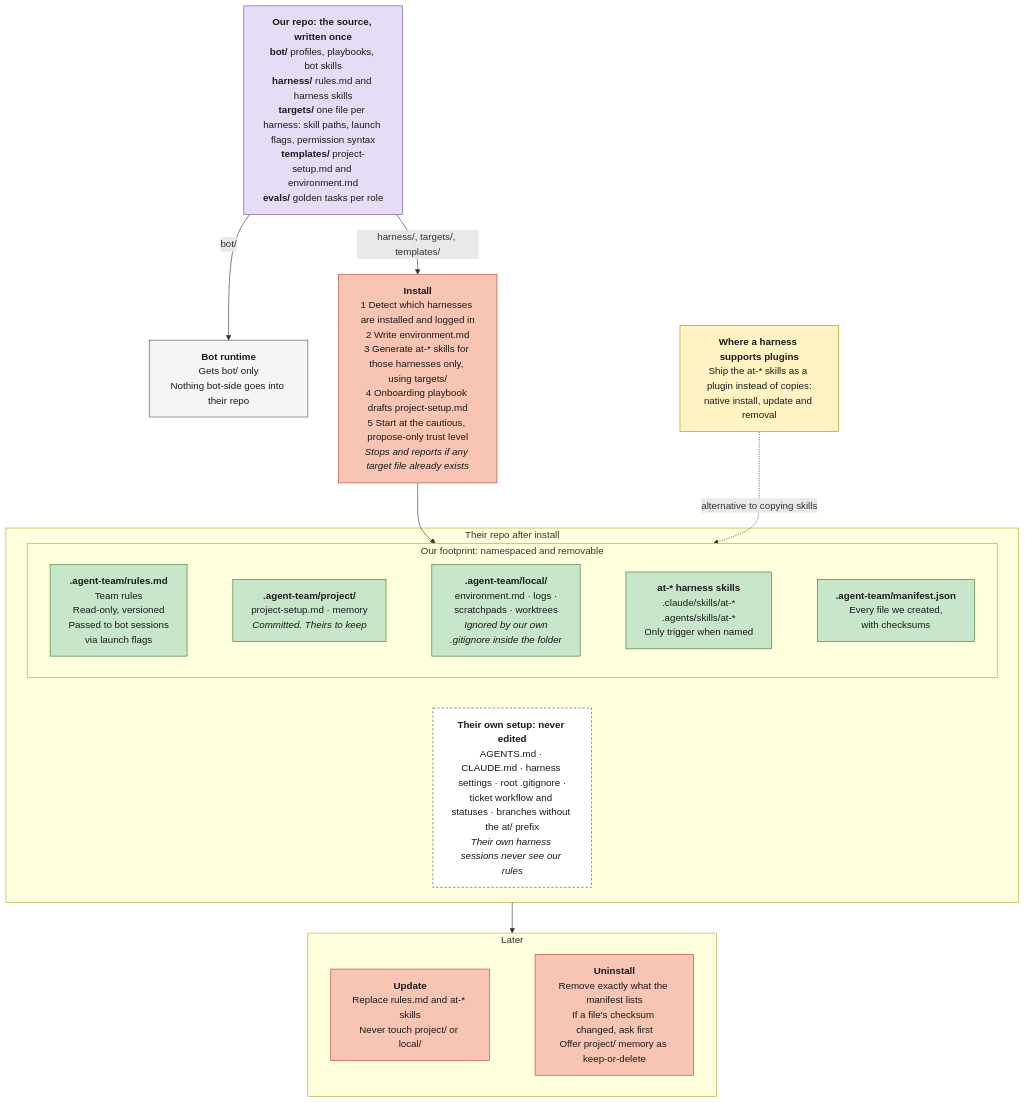
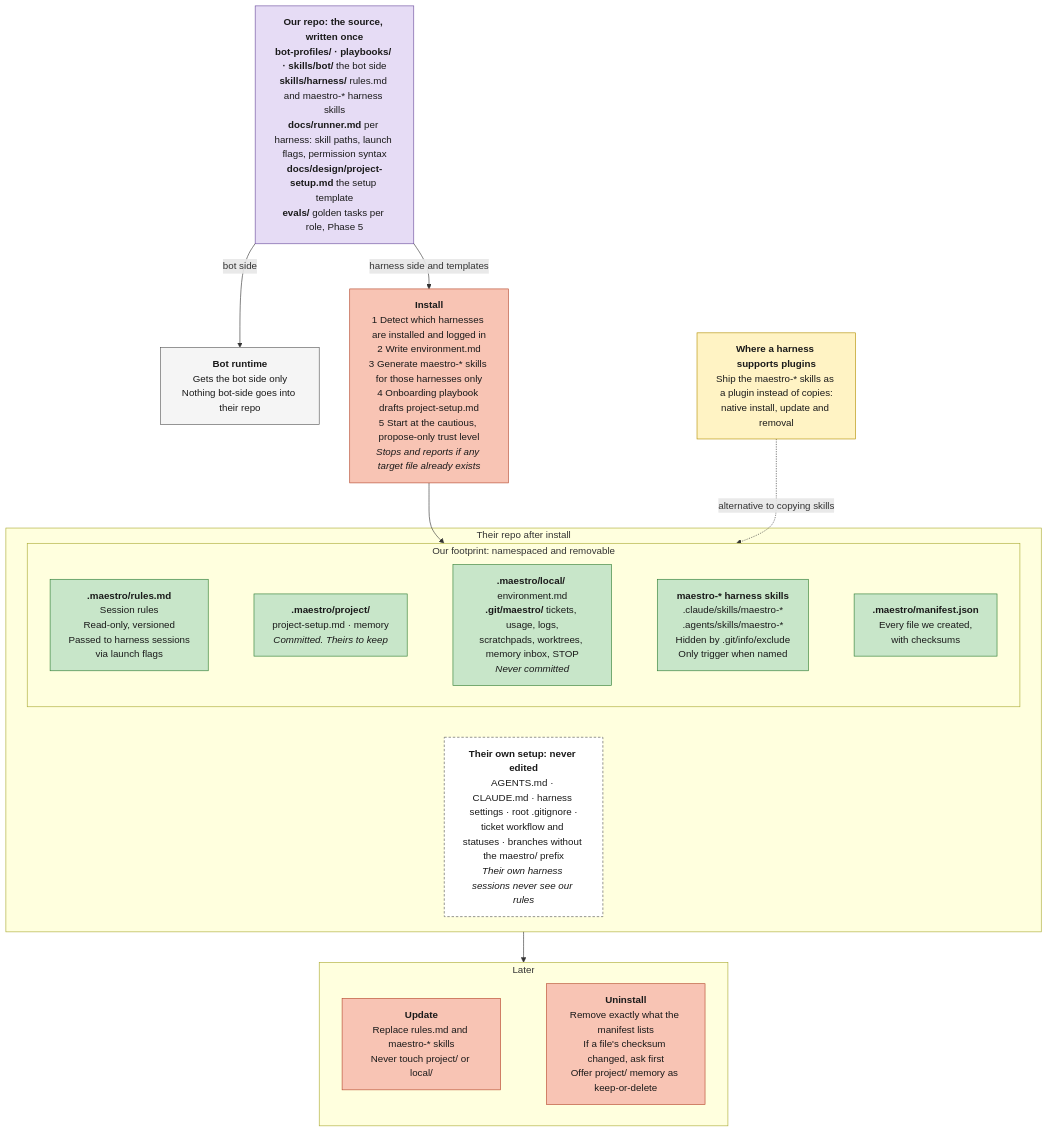
The diagram in docs/design/install-footprint.mermaid (ProlesDei/maestro), drawn with Mermaid before and after one commit. The commit also changed 229 other files, not shown here.

Commit message:
Wave 2: harden maestro-ticket (leases, reaper, outbox, events --wait, deps/areas, keepalive, backup/export), wake-loop design 0600, playbook redesign 0700 (reviewed GO at a6de865)

```diff
--- a/docs/design/install-footprint.mermaid
+++ b/docs/design/install-footprint.mermaid
@@ -1,43 +1,43 @@
 flowchart TD
-    Source["<b>Our repo: the source, written once</b><br/><b>bot/</b> profiles, playbooks, bot skills<br/><b>harness/</b> rules.md and harness skills<br/><b>targets/</b> one file per harness: skill paths, launch flags, permission syntax<br/><b>templates/</b> project-setup.md and environment.md<br/><b>evals/</b> golden tasks per role"]
+    Source["<b>Our repo: the source, written once</b><br/><b>bot-profiles/ · playbooks/ · skills/bot/</b> the bot side<br/><b>skills/harness/</b> rules.md and maestro-* harness skills<br/><b>docs/runner.md</b> per harness: skill paths, launch flags, permission syntax<br/><b>docs/design/project-setup.md</b> the setup template<br/><b>evals/</b> golden tasks per role, Phase 5"]
 
-    BotRuntime["<b>Bot runtime</b><br/>Gets bot/ only<br/>Nothing bot-side goes into their repo"]
+    BotRuntime["<b>Bot runtime</b><br/>Gets the bot side only<br/>Nothing bot-side goes into their repo"]
 
-    Install["<b>Install</b><br/>1 Detect which harnesses are installed and logged in<br/>2 Write environment.md<br/>3 Generate at-* skills for those harnesses only, using targets/<br/>4 Onboarding playbook drafts project-setup.md<br/>5 Start at the cautious, propose-only trust level<br/><i>Stops and reports if any target file already exists</i>"]
+    Install["<b>Install</b><br/>1 Detect which harnesses are installed and logged in<br/>2 Write environment.md<br/>3 Generate maestro-* skills for those harnesses only<br/>4 Onboarding playbook drafts project-setup.md<br/>5 Start at the cautious, propose-only trust level<br/><i>Stops and reports if any target file already exists</i>"]
 
     subgraph Repo ["Their repo after install"]
         subgraph Ours ["Our footprint: namespaced and removable"]
             direction LR
-            O1["<b>.agent-team/rules.md</b><br/>Team rules<br/>Read-only, versioned<br/>Passed to bot sessions<br/>via launch flags"] ~~~ O2["<b>.agent-team/project/</b><br/>project-setup.md · memory<br/><i>Committed. Theirs to keep</i>"] ~~~ O3["<b>.agent-team/local/</b><br/>environment.md · logs ·<br/>scratchpads · worktrees<br/><i>Ignored by our own<br/>.gitignore inside the folder</i>"] ~~~ O4["<b>at-* harness skills</b><br/>.claude/skills/at-*<br/>.agents/skills/at-*<br/>Only trigger when named"] ~~~ O5["<b>.agent-team/manifest.json</b><br/>Every file we created,<br/>with checksums"]
+            O1["<b>.maestro/rules.md</b><br/>Session rules<br/>Read-only, versioned<br/>Passed to harness sessions<br/>via launch flags"] ~~~ O2["<b>.maestro/project/</b><br/>project-setup.md · memory<br/><i>Committed. Theirs to keep</i>"] ~~~ O3["<b>.maestro/local/</b> environment.md<br/><b>.git/maestro/</b> tickets, usage, logs,<br/>scratchpads, worktrees, memory inbox, STOP<br/><i>Never committed</i>"] ~~~ O4["<b>maestro-* harness skills</b><br/>.claude/skills/maestro-*<br/>.agents/skills/maestro-*<br/>Hidden by .git/info/exclude<br/>Only trigger when named"] ~~~ O5["<b>.maestro/manifest.json</b><br/>Every file we created,<br/>with checksums"]
         end
 
-        Theirs["<b>Their own setup: never edited</b><br/>AGENTS.md · CLAUDE.md · harness settings · root .gitignore ·<br/>ticket workflow and statuses · branches without the at/ prefix<br/><i>Their own harness sessions never see our rules</i>"]
+        Theirs["<b>Their own setup: never edited</b><br/>AGENTS.md · CLAUDE.md · harness settings · root .gitignore ·<br/>ticket workflow and statuses · branches without the maestro/ prefix<br/><i>Their own harness sessions never see our rules</i>"]
     end
 
-    Plugin["<b>Where a harness supports plugins</b><br/>Ship the at-* skills as a plugin instead of copies:<br/>native install, update and removal"]
+    Plugin["<b>Where a harness supports plugins</b><br/>Ship the maestro-* skills as a plugin instead of copies:<br/>native install, update and removal"]
 
     subgraph Later ["Later"]
         direction LR
-        U1["<b>Update</b><br/>Replace rules.md and at-* skills<br/>Never touch project/ or local/"] ~~~ U2["<b>Uninstall</b><br/>Remove exactly what the manifest lists<br/>If a file's checksum changed, ask first<br/>Offer project/ memory as keep-or-delete"]
+        U1["<b>Update</b><br/>Replace rules.md and maestro-* skills<br/>Never touch project/ or local/"] ~~~ U2["<b>Uninstall</b><br/>Remove exactly what the manifest lists<br/>If a file's checksum changed, ask first<br/>Offer project/ memory as keep-or-delete"]
     end
 
-    Source -->|"bot/"| BotRuntime
-    Source -->|"harness/, targets/, templates/"| Install
+    Source -->|"bot side"| BotRuntime
+    Source -->|"harness side and templates"| Install
     Install --> Ours
     Plugin -.->|"alternative to copying skills"| Ours
     Ours ~~~ Theirs
     Repo --> Later
 
     classDef src fill:#e6dcf5,stroke:#6a4c9c,color:#1a1a1a
     classDef step fill:#f8c4b4,stroke:#b5472b,color:#1a1a1a
     classDef ours fill:#c8e6c9,stroke:#2e7d32,color:#1a1a1a
     classDef theirs fill:#ffffff,stroke:#555,color:#1a1a1a,stroke-dasharray:4 3
     classDef runtime fill:#f5f5f5,stroke:#555,color:#1a1a1a
     classDef note fill:#fff3c4,stroke:#b38f00,color:#1a1a1a
 
     class Source src
     class Install,U1,U2 step
     class O1,O2,O3,O4,O5 ours
     class Theirs theirs
     class BotRuntime runtime
     class Plugin note
```
